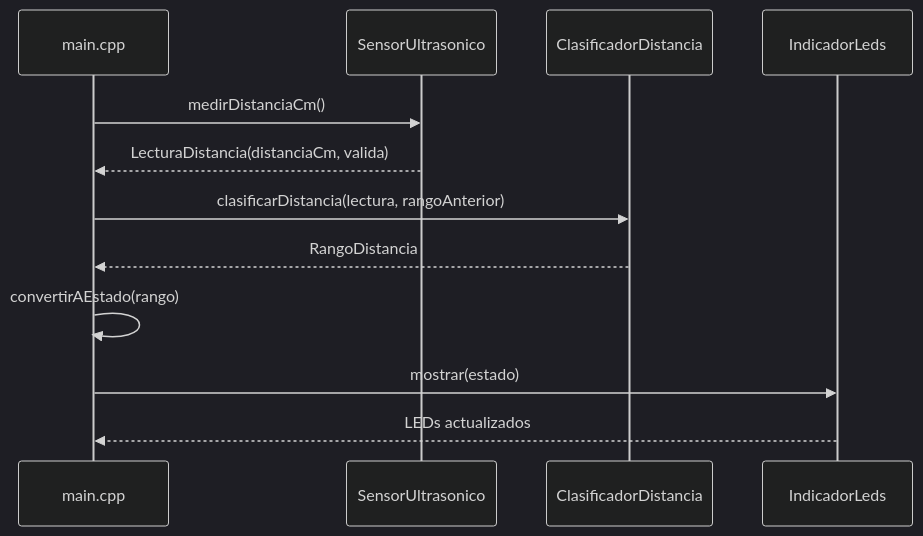
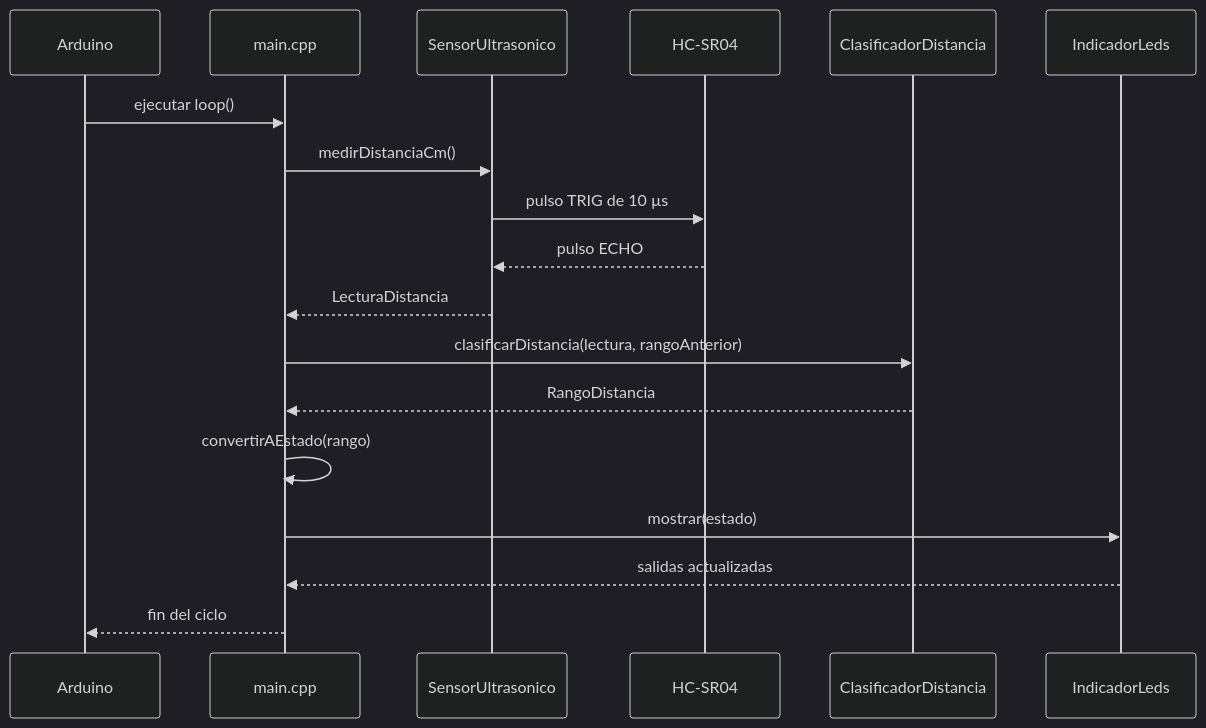
Before and after one commit to Ruben-Cordero/IoT-LEDs: the fifth of 5 diagrams in doc/informe.md, drawn with Mermaid (dark theme). The commit also changed other lines of this file and 1 other file, not shown here.

````diff
--- a/doc/informe.md
+++ b/doc/informe.md
@@ -273,15 +291,21 @@
-```mermaid
+~~~mermaid
 sequenceDiagram
+    participant Arduino
     participant Main as main.cpp
     participant Sensor as SensorUltrasonico
-    participant Clasif as ClasificadorDistancia
-    participant Leds as IndicadorLeds
+    participant HC as HC-SR04
+    participant Clasificador as ClasificadorDistancia
+    participant Indicador as IndicadorLeds
 
+    Arduino->>Main: ejecutar loop()
     Main->>Sensor: medirDistanciaCm()
-    Sensor-->>Main: LecturaDistancia(distanciaCm, valida)
-    Main->>Clasif: clasificarDistancia(lectura, rangoAnterior)
-    Clasif-->>Main: RangoDistancia
+    Sensor->>HC: pulso TRIG de 10 µs
+    HC-->>Sensor: pulso ECHO
+    Sensor-->>Main: LecturaDistancia
+    Main->>Clasificador: clasificarDistancia(lectura, rangoAnterior)
+    Clasificador-->>Main: RangoDistancia
     Main->>Main: convertirAEstado(rango)
-    Main->>Leds: mostrar(estado)
-    Leds-->>Main: LEDs actualizados
-```
+    Main->>Indicador: mostrar(estado)
+    Indicador-->>Main: salidas actualizadas
+    Main-->>Arduino: fin del ciclo
+~~~
````
